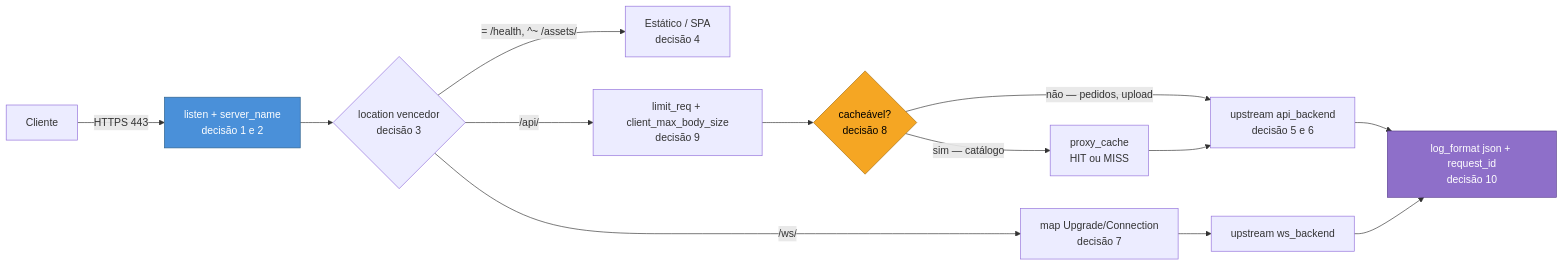
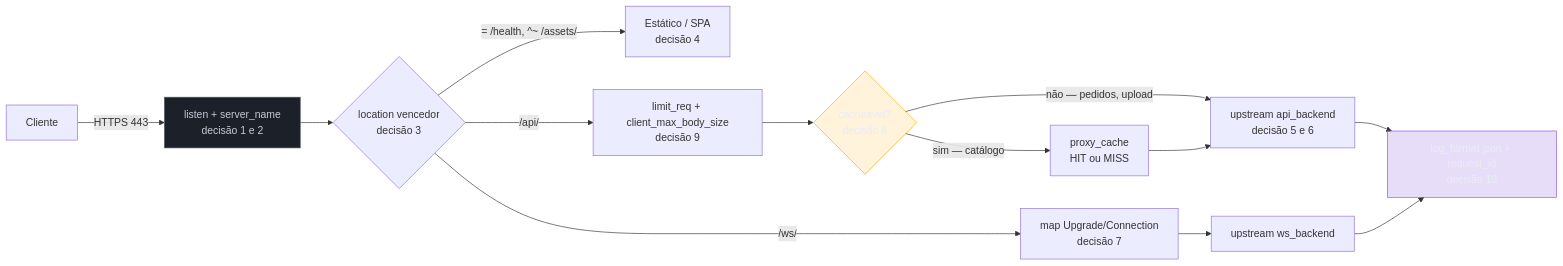
One commit to josenaldo/codex-technomanticus changed the diagram in 03-Dominios/Tecnologia/Infraestrutura/Nginx/16 - Capstone - a borda de uma aplicação.md. Above: the diagram before and after it, drawn with Mermaid. The commit also changed 1181 other files, not shown here.

First line of the commit message:
fix(diagramas): paleta do sistema no lugar de cor cravada no markdown

````diff
--- a/03-Dominios/Tecnologia/Infraestrutura/Nginx/16 - Capstone - a borda de uma aplicação.md
+++ b/03-Dominios/Tecnologia/Infraestrutura/Nginx/16 - Capstone - a borda de uma aplicação.md
@@ -26,19 +26,22 @@
 ```mermaid
 graph LR
+    classDef neutro fill:#1B2029,stroke:#4E5666,color:#C6CCD8
+    classDef destaque fill:#FFAA0024,stroke:#FFAA00,color:#E9ECF2
+    classDef marca fill:#8855DF33,stroke:#8855DF,color:#E9ECF2
     Cli["Cliente"] -->|"HTTPS 443"| L["listen + server_name<br/>decisão 1 e 2"]
     L --> Rot{"location vencedor<br/>decisão 3"}
     Rot -->|"= /health, ^~ /assets/"| Est["Estático / SPA<br/>decisão 4"]
     Rot -->|"/api/"| Lim["limit_req + client_max_body_size<br/>decisão 9"]
     Lim --> Cache{"cacheável?<br/>decisão 8"}
     Cache -->|"sim — catálogo"| CH["proxy_cache<br/>HIT ou MISS"]
     Cache -->|"não — pedidos, upload"| Up["upstream api_backend<br/>decisão 5 e 6"]
     CH --> Up
     Rot -->|"/ws/"| WS["map Upgrade/Connection<br/>decisão 7"]
     WS --> UpWs["upstream ws_backend"]
     Up --> Log["log_format json + request_id<br/>decisão 10"]
     UpWs --> Log
 
-    style L fill:#4A90D9,stroke:#2c5f8a,color:#fff
-    style Cache fill:#F5A623,stroke:#a66f10,color:#000
-    style Log fill:#8e6fc9,stroke:#5a3f8f,color:#fff
+    class L neutro
+    class Cache destaque
+    class Log marca
 ```
````
